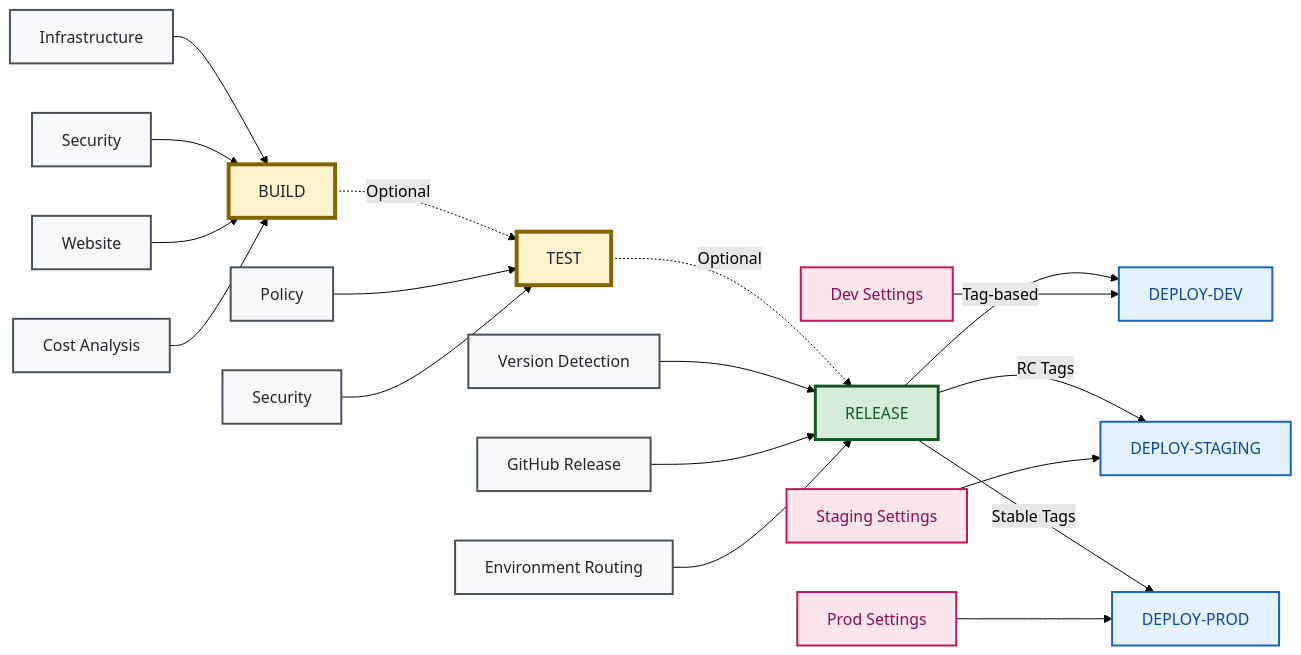
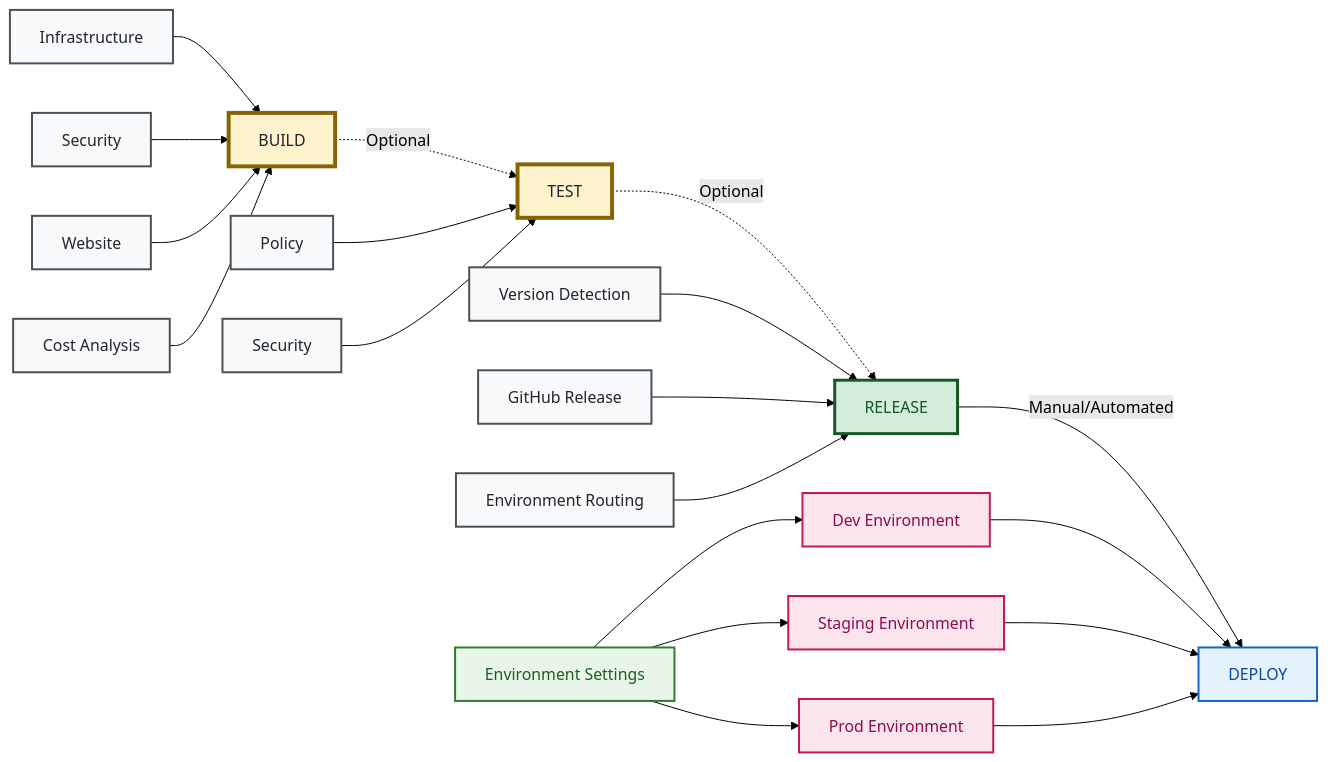
Before and after one commit to Celtikill/static-site: the diagram in docs/development/workflow-conditions.md, drawn with Mermaid (forest theme). The commit also changed other lines of this file and 32 other files, not shown here.

Commit message:
architecture docs update

````diff
--- a/docs/development/workflow-conditions.md
+++ b/docs/development/workflow-conditions.md
@@ -26,42 +26,46 @@
 ```mermaid
 graph LR
     %% Accessibility
     accTitle: CI/CD Pipeline with RELEASE Workflow
-    accDescr: Shows enhanced CI/CD pipeline. BUILD validates infrastructure and website. TEST performs policy validation. RELEASE orchestrates version-based deployments. Traditional DEPLOY workflows handle specific environments.
+    accDescr: Shows enhanced CI/CD pipeline. BUILD validates infrastructure and website. TEST performs policy validation. RELEASE orchestrates version-based deployments. Unified DEPLOY workflow handles all environments with environment-specific configurations.
     
     A[BUILD] -.->|Optional| B[TEST]
     B -.->|Optional| R[RELEASE]
-    R -->|Tag-based| D1[DEPLOY-DEV]
-    R -->|RC Tags| D2[DEPLOY-STAGING]  
-    R -->|Stable Tags| D3[DEPLOY-PROD]
+    R -->|Manual/Automated| D[DEPLOY]
     
     A1[Infrastructure] --> A
     A2[Security] --> A
     A3[Website] --> A
     A4[Cost Analysis] --> A
     
     B1[Policy] --> B
     B2[Security] --> B
     
     R1[Version Detection] --> R
     R2[GitHub Release] --> R
     R3[Environment Routing] --> R
     
-    D1S[Dev Settings] --> D1
-    D2S[Staging Settings] --> D2
-    D3S[Prod Settings] --> D3
+    D1[Dev Environment] --> D
+    D2[Staging Environment] --> D
+    D3[Prod Environment] --> D
+    
+    DS[Environment Settings] --> D1
+    DS --> D2
+    DS --> D3
     
     %% High-Contrast Styling for Accessibility
     classDef phaseBox fill:#fff3cd,stroke:#856404,stroke-width:4px,color:#212529
     classDef stepBox fill:#f8f9fa,stroke:#495057,stroke-width:2px,color:#212529
     classDef releaseBox fill:#d4edda,stroke:#155724,stroke-width:3px,color:#155724
     classDef deployBox fill:#e3f2fd,stroke:#1565c0,stroke-width:2px,color:#0d47a1
-    classDef settingsBox fill:#fce4ec,stroke:#c2185b,stroke-width:2px,color:#880e4f
+    classDef envBox fill:#fce4ec,stroke:#c2185b,stroke-width:2px,color:#880e4f
+    classDef settingsBox fill:#e8f5e9,stroke:#2e7d32,stroke-width:2px,color:#1b5e20
     
     class A,B phaseBox
     class A1,A2,A3,A4,B1,B2 stepBox
     class R releaseBox
     class R1,R2,R3 stepBox
-    class D1,D2,D3 deployBox
-    class D1S,D2S,D3S settingsBox
+    class D deployBox
+    class D1,D2,D3 envBox
+    class DS settingsBox
 ```
````
